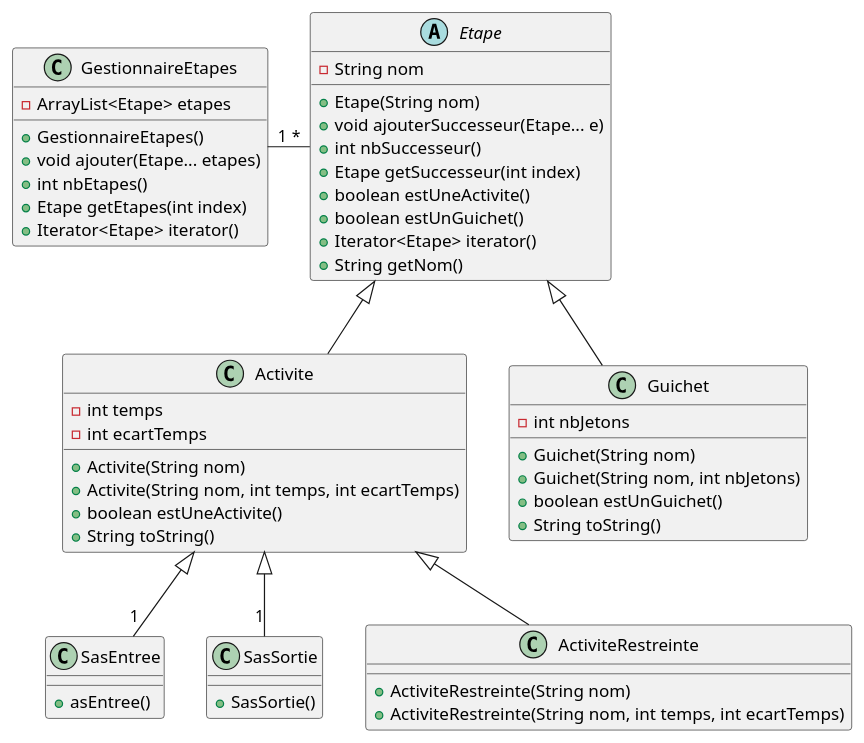
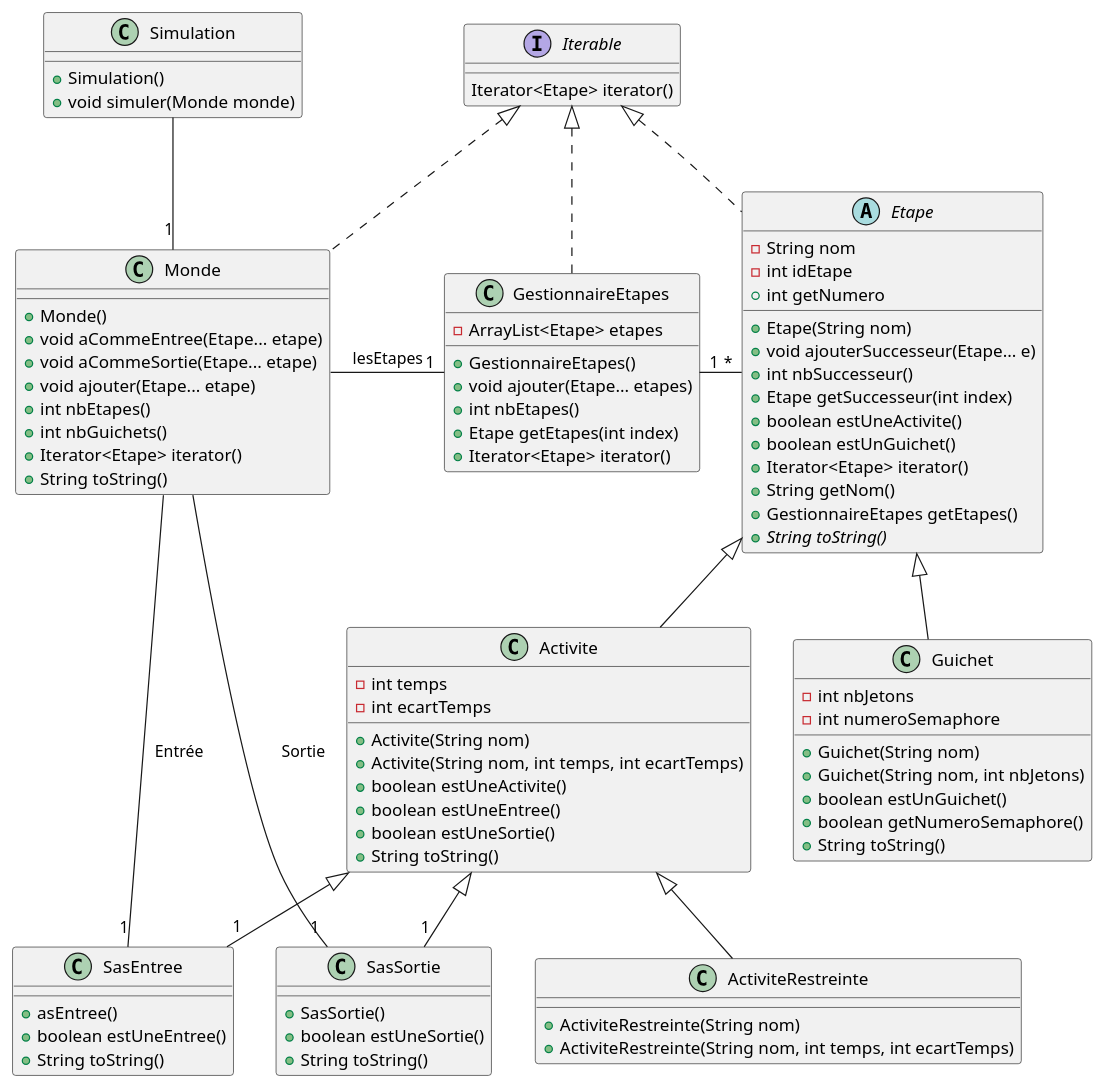
The diagram in Diagramme.puml (NicolasRes/Twisk), drawn with PlantUML before and after one commit.

Commit message:
Simulation + Iterator + méthodes

```diff
--- a/Diagramme.puml
+++ b/Diagramme.puml
@@ -1,62 +1,108 @@
 @startuml
 'https://plantuml.com/class-diagram
 
+'Liens entre les classes
+Iterable <|.. Monde
+Iterable <|.. GestionnaireEtapes
+Iterable <|.. Etape
+
 Etape <|-- Activite
 Etape <|-- Guichet
+
 Activite <|--"1" SasEntree
 Activite <|--"1" SasSortie
 Activite <|-- ActiviteRestreinte
+
 GestionnaireEtapes "1"-right-"*" Etape
+
+Monde -right-"1" "GestionnaireEtapes" : lesEtapes
+Monde --"1" "SasEntree" : Entrée
+Monde --"1" "SasSortie" : Sortie
+
+Simulation --"1" Monde
+
+'Définition des classes
+interface Iterable {
+Iterator<Etape> iterator()
+}
 
 class Activite {
 - int temps
 - int ecartTemps
 + Activite(String nom)
 + Activite(String nom, int temps, int ecartTemps)
 + boolean estUneActivite()
++ boolean estUneEntree()
++ boolean estUneSortie()
 + String toString()
 }
 
 class ActiviteRestreinte {
 + ActiviteRestreinte(String nom)
 + ActiviteRestreinte(String nom, int temps, int ecartTemps)
 }
 
 abstract class Etape {
 - String nom
+- int idEtape
 + Etape(String nom)
++ int getNumero
 + void ajouterSuccesseur(Etape... e)
 + int nbSuccesseur()
 + Etape getSuccesseur(int index)
 + boolean estUneActivite()
 + boolean estUnGuichet()
 + Iterator<Etape> iterator()
 + String getNom()
++ GestionnaireEtapes getEtapes()
++ {abstract} String toString()
 }
 
 class GestionnaireEtapes {
 - ArrayList<Etape> etapes
 + GestionnaireEtapes()
 + void ajouter(Etape... etapes)
 + int nbEtapes()
 + Etape getEtapes(int index)
 + Iterator<Etape> iterator()
 }
 
 class Guichet {
 - int nbJetons
+- int numeroSemaphore
 + Guichet(String nom)
 + Guichet(String nom, int nbJetons)
 + boolean estUnGuichet()
++ boolean getNumeroSemaphore()
++ String toString()
+}
+
+class Monde {
++ Monde()
++ void aCommeEntree(Etape... etape)
++ void aCommeSortie(Etape... etape)
++ void ajouter(Etape... etape)
++ int nbEtapes()
++ int nbGuichets()
++ Iterator<Etape> iterator()
 + String toString()
 }
 
 class SasEntree {
 + asEntree()
++ boolean estUneEntree()
++ String toString()
 }
 
 class SasSortie {
 + SasSortie()
++ boolean estUneSortie()
++ String toString()
+}
+
+class Simulation {
++ Simulation()
++ void simuler(Monde monde)
 }
 
 @enduml
```
